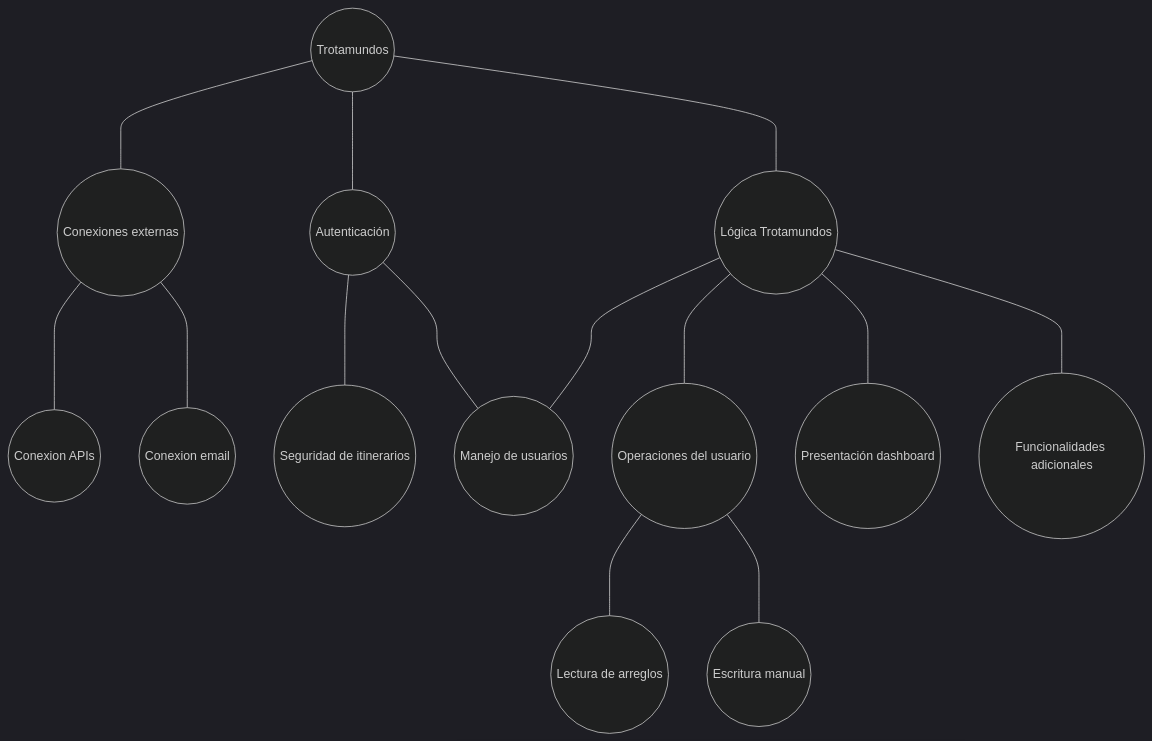
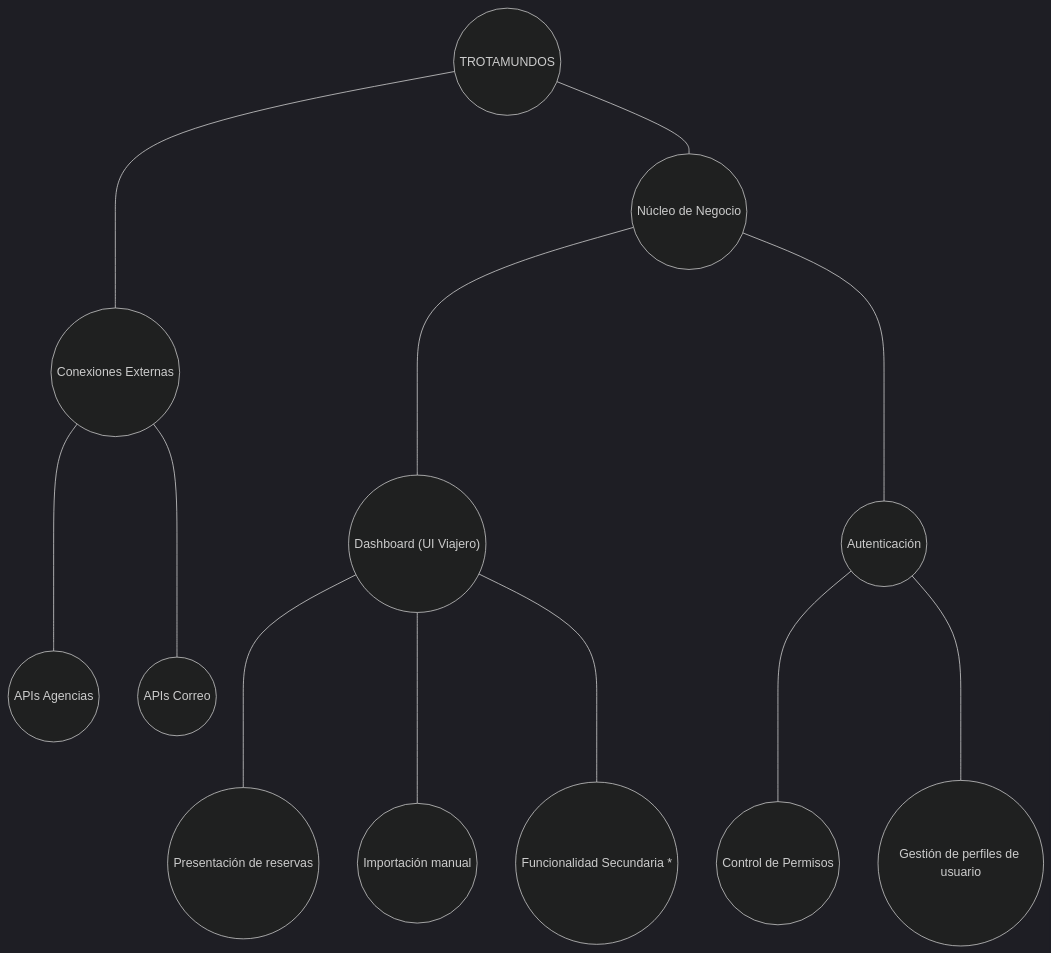
The first of 3 diagrams in docs/02-add/iteracion-4.md (nicolas-wai/trotamundos), drawn with Mermaid (dark theme) before and after one commit. The commit also changed other lines of this file, not shown here.

````diff
--- a/docs/02-add/iteracion-4.md
+++ b/docs/02-add/iteracion-4.md
@@ -55,17 +52,16 @@
 ```mermaid
 graph TD
-    A((Trotamundos)) ---- B((Conexiones externas))
-    B ---- BA((Conexion APIs))
-    B ---- BB((Conexion email))
-    A ---- C((Lógica Trotamundos))
-    A ---- J((Autenticación))
-    J ---- K((Seguridad de itinerarios))
-    J ---- H((Manejo de usuarios))
-    C ---- H
-    C ---- D((Operaciones del usuario))
-    C ---- G((Presentación dashboard))
-    D ---- E((Lectura de arreglos))
-    D ---- F((Escritura manual))
-    C ---- I((Funcionalidades adicionales))
+    A((TROTAMUNDOS)) ---- B((Conexiones Externas))
+        B ---- BA((APIs Agencias))
+        B ---- BB((APIs Correo))
+
+    A --- C((Núcleo de Negocio))
+        C ---- D(("Dashboard (UI Viajero) "))
+            D ---- G((Presentación de reservas))
+            D ---- E((Importación manual))
+            D ---- F((Funcionalidad Secundaria *))
+    C ---- J((Autenticación))
+        J ---- K((Control de Permisos))
+        J ---- H((Gestión de perfiles de usuario))
 
 ```
````
